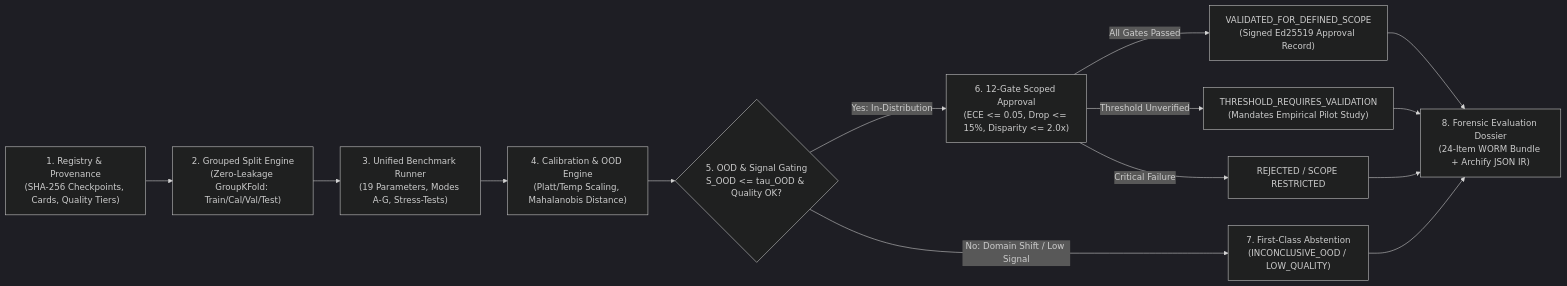
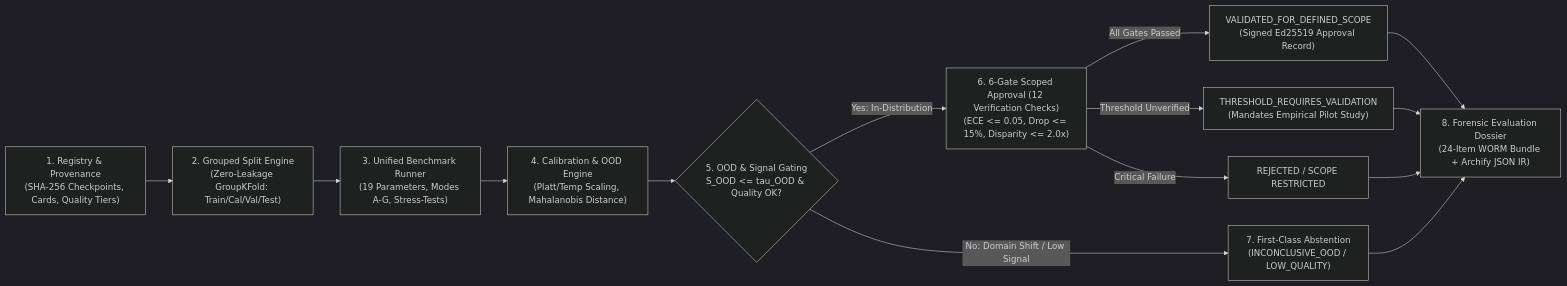
One commit to Subhadip-Paul2006/BHack-Docs changed the eighth of 15 diagrams in README.md. Above: the diagram before and after it, drawn with Mermaid (dark theme). The commit also changed other lines of this file and 1 other file, not shown here.

````diff
--- a/README.md
+++ b/README.md
@@ -962,16 +962,16 @@
 ```mermaid
 flowchart LR
     REG["1. Registry & Provenance\n(SHA-256 Checkpoints, Cards, Quality Tiers)"] --> SPLIT["2. Grouped Split Engine\n(Zero-Leakage GroupKFold: Train/Cal/Val/Test)"]
     SPLIT --> BENCH["3. Unified Benchmark Runner\n(19 Parameters, Modes A-G, Stress-Tests)"]
     BENCH --> CAL_OOD["4. Calibration & OOD Engine\n(Platt/Temp Scaling, Mahalanobis Distance)"]
     CAL_OOD --> GATING{"5. OOD & Signal Gating\nS_OOD <= tau_OOD & Quality OK?"}
 
-    GATING -->|Yes: In-Distribution| GATES["6. 12-Gate Scoped Approval\n(ECE <= 0.05, Drop <= 15%, Disparity <= 2.0x)"]
+    GATING -->|Yes: In-Distribution| GATES["6. 6-Gate Scoped Approval (12 Verification Checks)\n(ECE <= 0.05, Drop <= 15%, Disparity <= 2.0x)"]
     GATING -->|No: Domain Shift / Low Signal| ABSTAIN["7. First-Class Abstention\n(INCONCLUSIVE_OOD / LOW_QUALITY)"]
 
     GATES -->|All Gates Passed| APPROVE["VALIDATED_FOR_DEFINED_SCOPE\n(Signed Ed25519 Approval Record)"]
     GATES -->|Threshold Unverified| PILOT["THRESHOLD_REQUIRES_VALIDATION\n(Mandates Empirical Pilot Study)"]
     GATES -->|Critical Failure| REJECT["REJECTED / SCOPE RESTRICTED"]
 
     APPROVE & ABSTAIN & PILOT & REJECT --> DOSSIER["8. Forensic Evaluation Dossier\n(24-Item WORM Bundle + Archify JSON IR)"]
 ```
````
